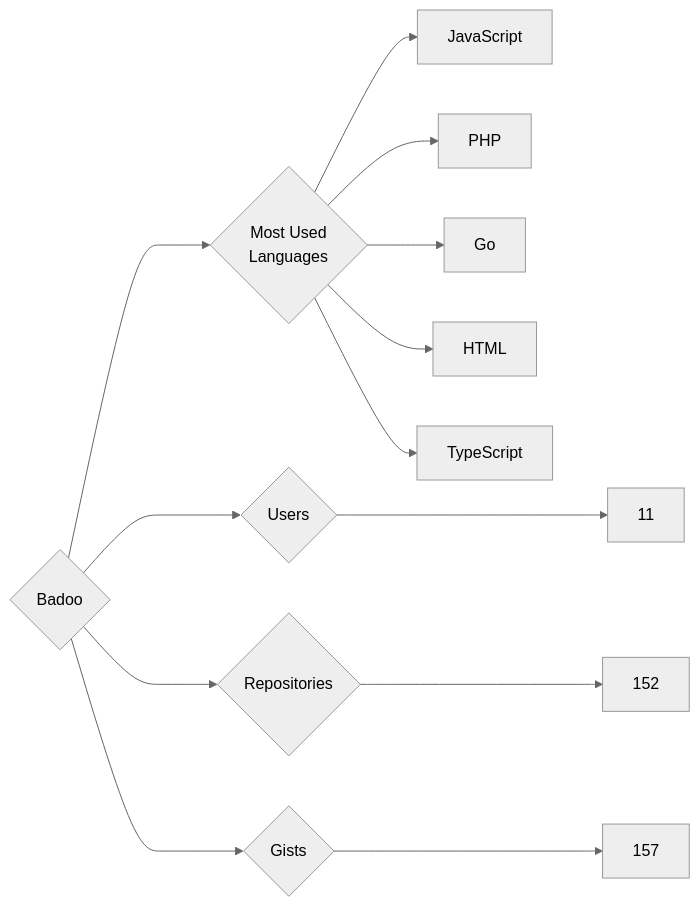
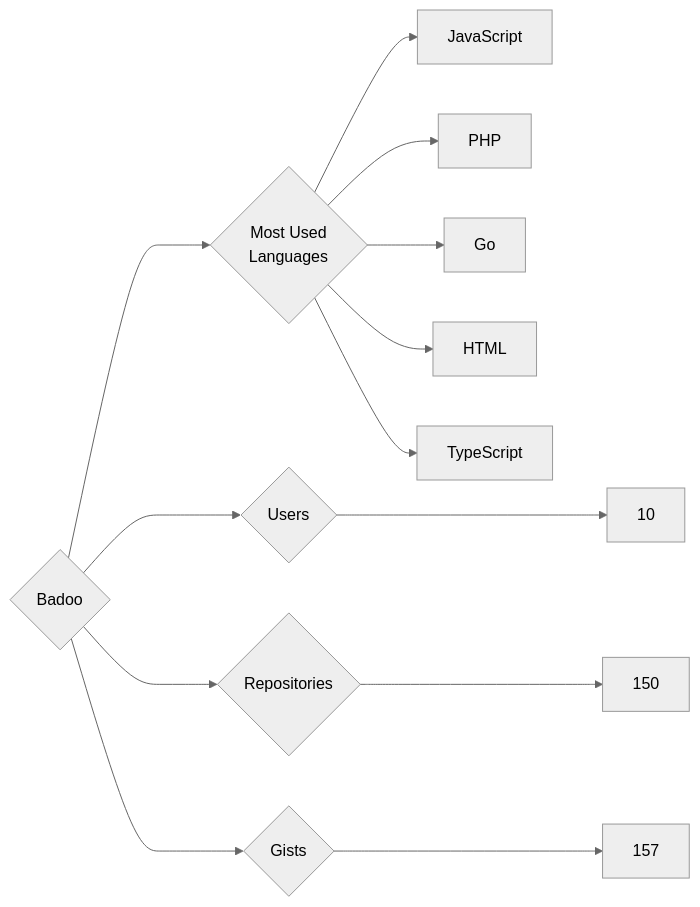
The diagram in targets/Badoo/README.md (trickest/insiders), drawn with Mermaid (neutral theme) before and after one commit. The commit also changed 679 other files, not shown here.

````diff
--- a/targets/Badoo/README.md
+++ b/targets/Badoo/README.md
@@ -3,13 +3,13 @@
 ```mermaid
 graph LR
 COMPANY_NAME{Badoo}
-COMPANY_NAME ---> U{Users} ---> UN[11]
-COMPANY_NAME ---> R{Repositories} ---> RN[152]
+COMPANY_NAME ---> U{Users} ---> UN[10]
+COMPANY_NAME ---> R{Repositories} ---> RN[150]
 COMPANY_NAME ---> G{Gists} ---> GN[157]
 COMPANY_NAME ---> ML{Most Used<br>Languages}
 ML --> JavaScript[JavaScript]
 ML --> PHP[PHP]
 ML --> Go[Go]
 ML --> HTML[HTML]
 ML --> TypeScript[TypeScript]
 ```
````
